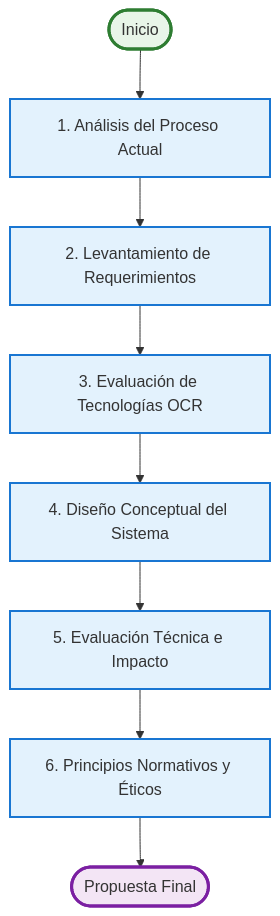
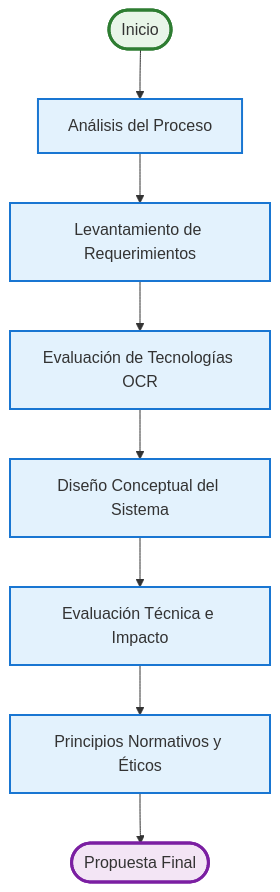
One commit to zuki2610/diagramas-arquitectura-tesis-ubo changed the diagram in word/06-metodologia-simplificada-word.md. Above: the diagram before and after it, drawn with Mermaid. The commit also changed 4 other files, not shown here.

Commit message:
Corregir diagrama de metodología simplificada - eliminar números problemáticos

````diff
--- a/word/06-metodologia-simplificada-word.md
+++ b/word/06-metodologia-simplificada-word.md
@@ -5,19 +5,19 @@
 ```mermaid
 flowchart TD
-  START([Inicio]) --> A1[1. Análisis del Proceso Actual]
-  A1 --> A2[2. Levantamiento de Requerimientos]
-  A2 --> A3[3. Evaluación de Tecnologías OCR]
-  A3 --> A4[4. Diseño Conceptual del Sistema]
-  A4 --> A5[5. Evaluación Técnica e Impacto]
-  A5 --> A6[6. Principios Normativos y Éticos]
+  START([Inicio]) --> A1[Análisis del Proceso]
+  A1 --> A2[Levantamiento de Requerimientos]
+  A2 --> A3[Evaluación de Tecnologías OCR]
+  A3 --> A4[Diseño Conceptual del Sistema]
+  A4 --> A5[Evaluación Técnica e Impacto]
+  A5 --> A6[Principios Normativos y Éticos]
   A6 --> END([Propuesta Final])
 
   %% Estilos optimizados para Word
   classDef start fill:#e8f5e8,stroke:#2e7d32,stroke-width:3px
   classDef stage fill:#e3f2fd,stroke:#1976d2,stroke-width:2px
   classDef final fill:#f3e5f5,stroke:#7b1fa2,stroke-width:3px
 
   class START start
   class A1,A2,A3,A4,A5,A6 stage
   class END final
 ``` 
````
